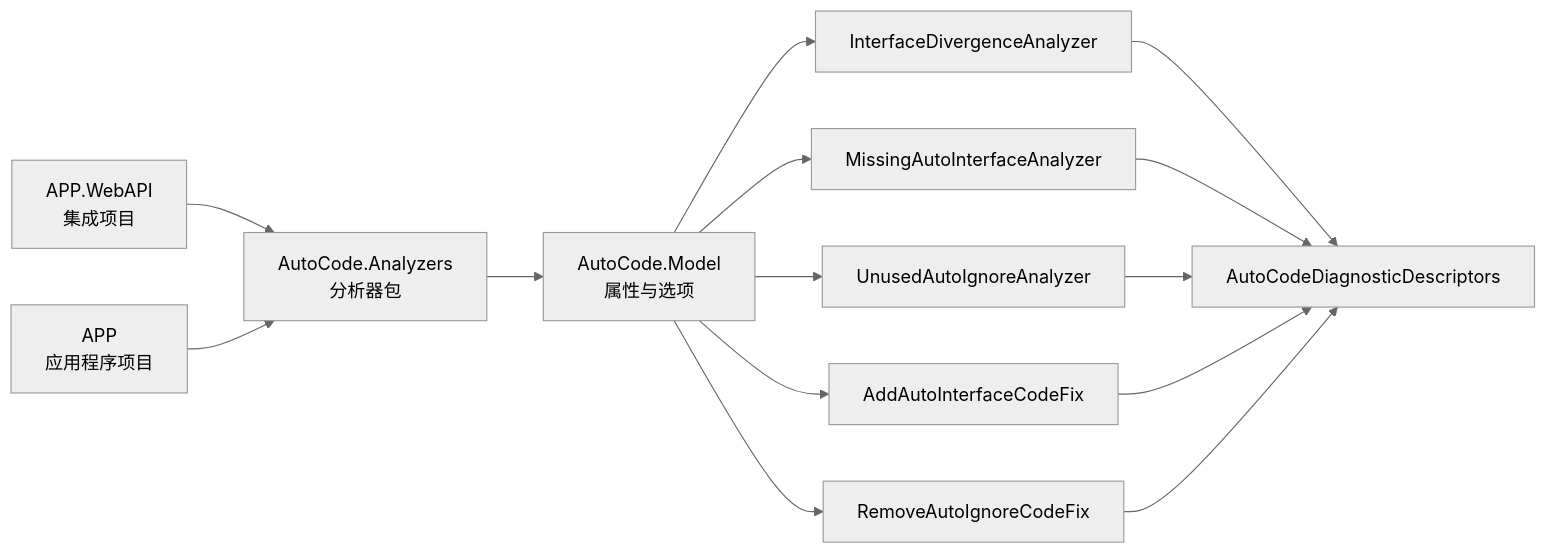
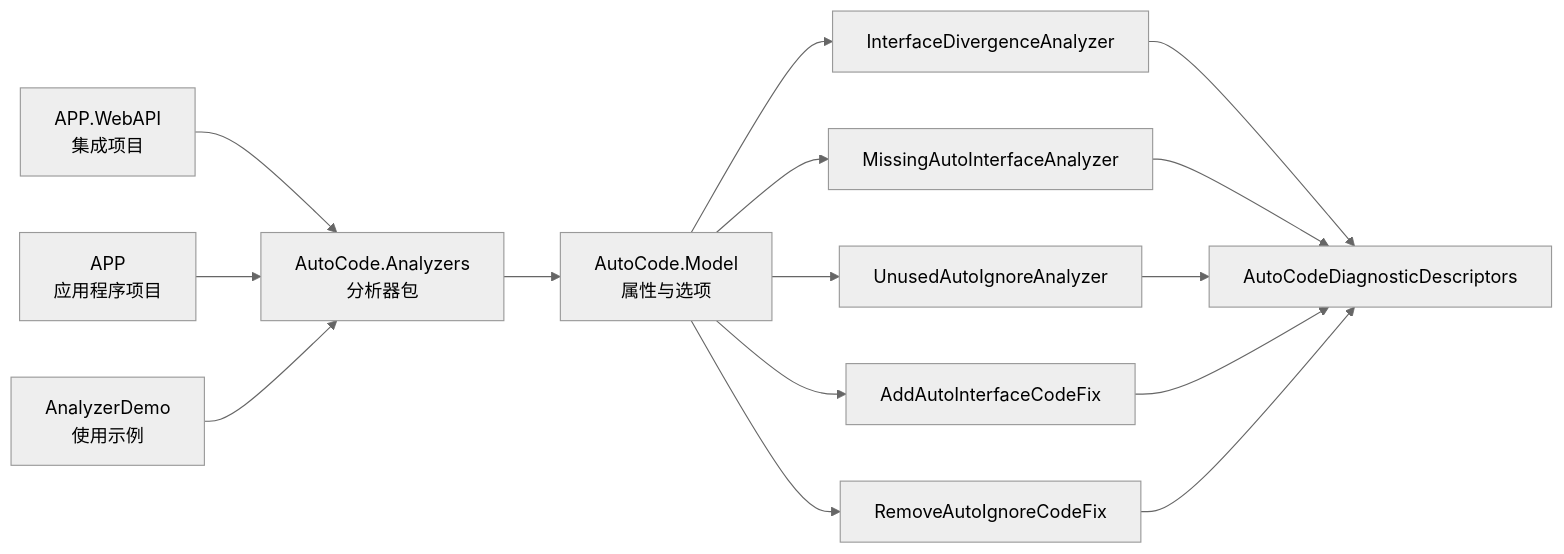
The fifth of 5 diagrams in .qoder/repowiki/zh/content/调试与诊断/分析器系统.md (alivy/AutoCode), drawn with Mermaid (neutral theme) before and after one commit. The commit also changed other lines of this file and 4 other files, not shown here.

First line of the commit message:
fix: 修复 CodeFix 特性名匹配 + 完善 AnalyzerDemo

````diff
--- a/.qoder/repowiki/zh/content/调试与诊断/分析器系统.md
+++ b/.qoder/repowiki/zh/content/调试与诊断/分析器系统.md
@@ -222,16 +232,17 @@
 ```mermaid
 graph LR
 A["InterfaceDivergenceAnalyzer"] --> D["AutoCodeDiagnosticDescriptors"]
 B["MissingAutoInterfaceAnalyzer"] --> D
 C["UnusedAutoIgnoreAnalyzer"] --> D
 E["AddAutoInterfaceCodeFix"] --> D
 F["RemoveAutoIgnoreCodeFix"] --> D
 G["AutoCode.Model<br/>属性与选项"] --> A
 G --> B
 G --> C
 G --> E
 G --> F
 H["APP.WebAPI<br/>集成项目"] --> I["AutoCode.Analyzers<br/>分析器包"]
 J["APP<br/>应用程序项目"] --> I
+K["AnalyzerDemo<br/>使用示例"] --> I
 I --> G
 ```
````
